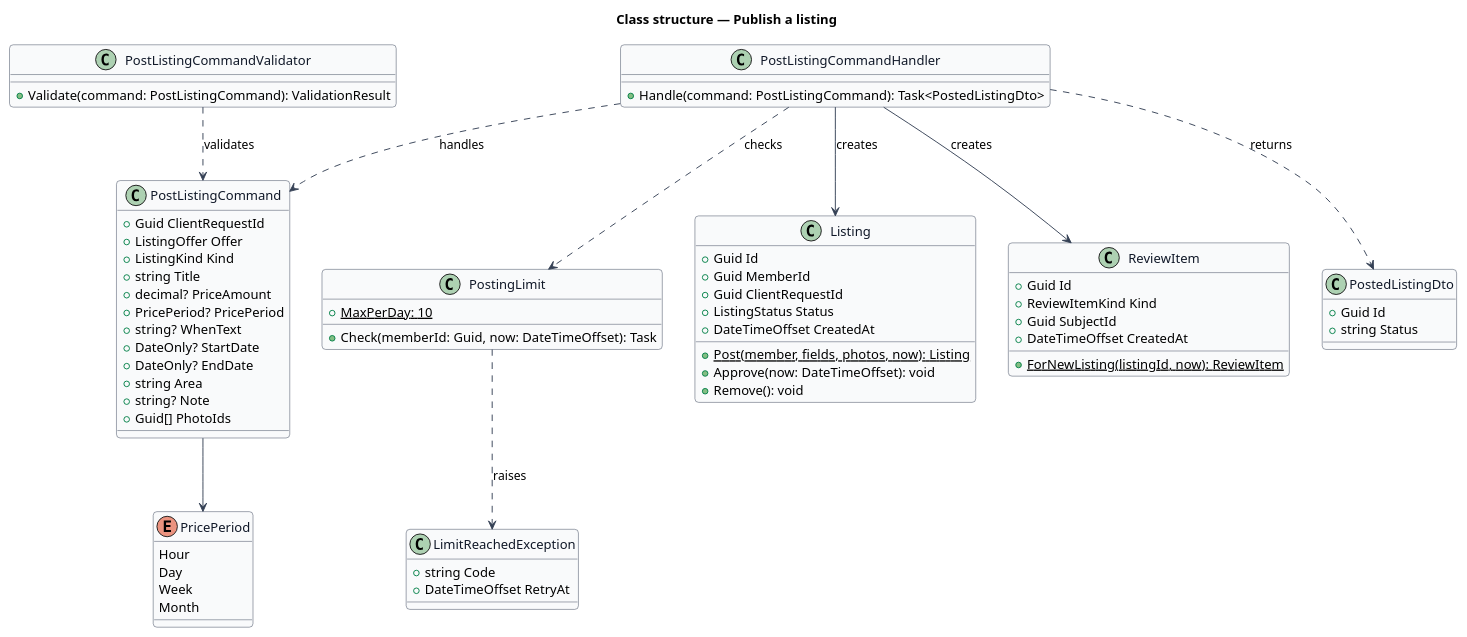
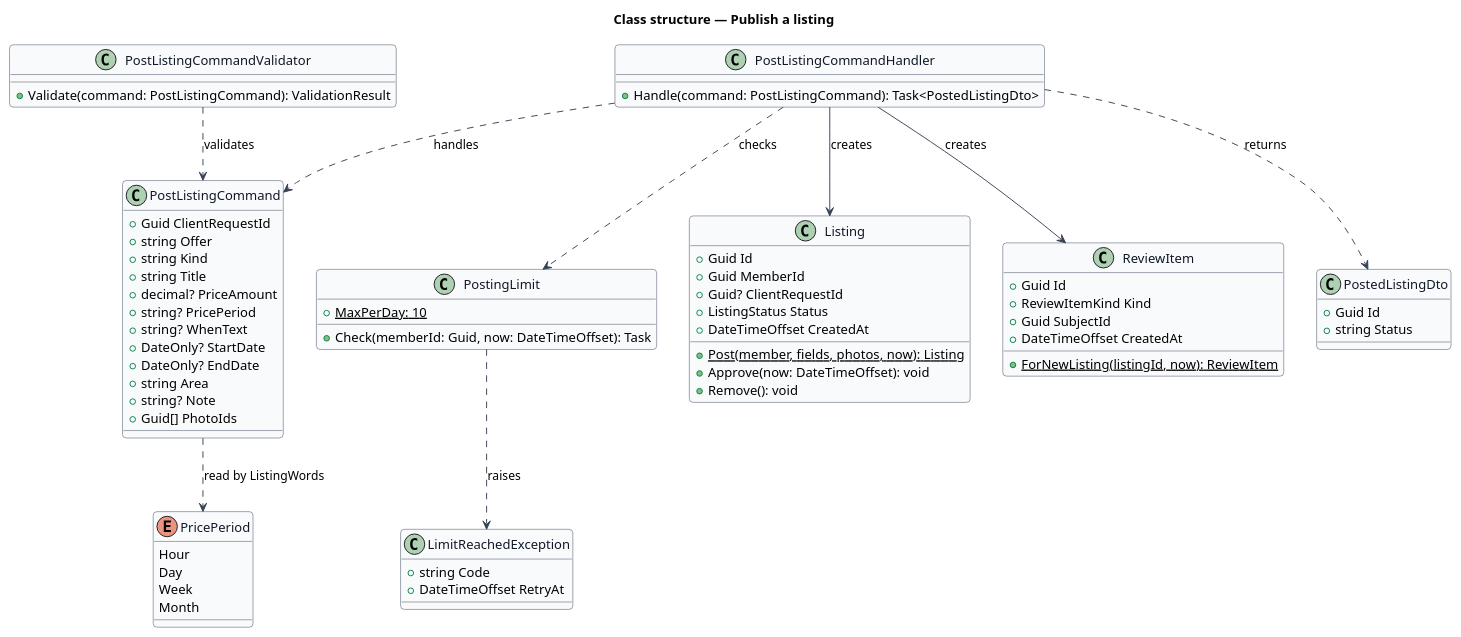
One commit to QuinntyneBrown/christian-rent changed the diagram in docs/detailed-designs/post/publish-listing/diagrams/class-structure.puml. Above: the diagram before and after it, drawn with PlantUML. The commit also changed 18 other files, not shown here.

```diff
--- a/docs/detailed-designs/post/publish-listing/diagrams/class-structure.puml
+++ b/docs/detailed-designs/post/publish-listing/diagrams/class-structure.puml
@@ -1,79 +1,79 @@
 @startuml
 ' --- shared skin header ---
 skinparam backgroundColor #FFFFFF
 skinparam shadowing false
 skinparam roundcorner 8
 skinparam defaultFontName Arial
 skinparam ArrowColor #344054
 skinparam class {
   BorderColor #344054
   FontColor #101828
   BackgroundColor #F9FAFB
 }
 ' --------------------------
 title Class structure — Publish a listing
 
 class PostListingCommand {
   +Guid ClientRequestId
-  +ListingOffer Offer
-  +ListingKind Kind
+  +string Offer
+  +string Kind
   +string Title
   +decimal? PriceAmount
-  +PricePeriod? PricePeriod
+  +string? PricePeriod
   +string? WhenText
   +DateOnly? StartDate
   +DateOnly? EndDate
   +string Area
   +string? Note
   +Guid[] PhotoIds
 }
 class PostListingCommandValidator {
   +Validate(command: PostListingCommand): ValidationResult
 }
 class PostListingCommandHandler {
   +Handle(command: PostListingCommand): Task<PostedListingDto>
 }
 class PostingLimit {
   +{static} MaxPerDay: 10
   +Check(memberId: Guid, now: DateTimeOffset): Task
 }
 class LimitReachedException {
   +string Code
   +DateTimeOffset RetryAt
 }
 class Listing {
   +Guid Id
   +Guid MemberId
-  +Guid ClientRequestId
+  +Guid? ClientRequestId
   +ListingStatus Status
   +DateTimeOffset CreatedAt
   +{static} Post(member, fields, photos, now): Listing
   +Approve(now: DateTimeOffset): void
   +Remove(): void
 }
 class ReviewItem {
   +Guid Id
   +ReviewItemKind Kind
   +Guid SubjectId
   +DateTimeOffset CreatedAt
   +{static} ForNewListing(listingId, now): ReviewItem
 }
 enum PricePeriod {
   Hour
   Day
   Week
   Month
 }
 class PostedListingDto {
   +Guid Id
   +string Status
 }
 PostListingCommandHandler ..> PostListingCommand : handles
 PostListingCommandValidator ..> PostListingCommand : validates
 PostListingCommandHandler ..> PostingLimit : checks
 PostingLimit ..> LimitReachedException : raises
 PostListingCommandHandler --> Listing : creates
 PostListingCommandHandler --> ReviewItem : creates
 PostListingCommandHandler ..> PostedListingDto : returns
-PostListingCommand --> PricePeriod
+PostListingCommand ..> PricePeriod : read by ListingWords
 @enduml
```
